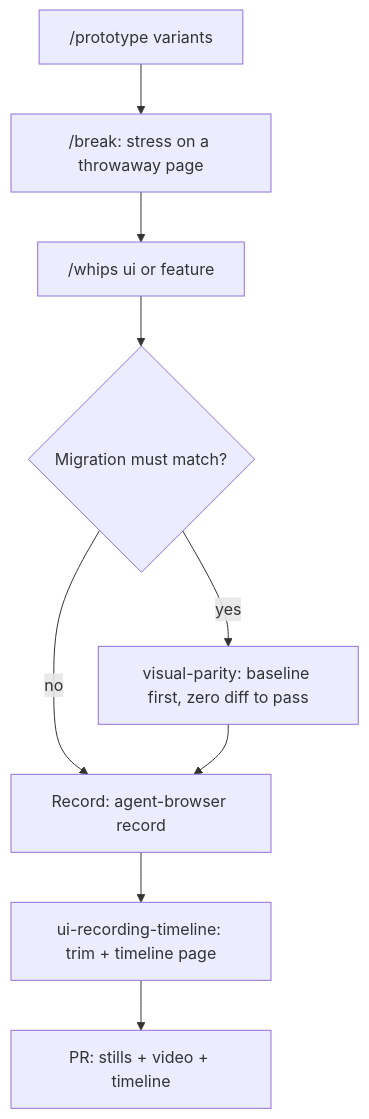
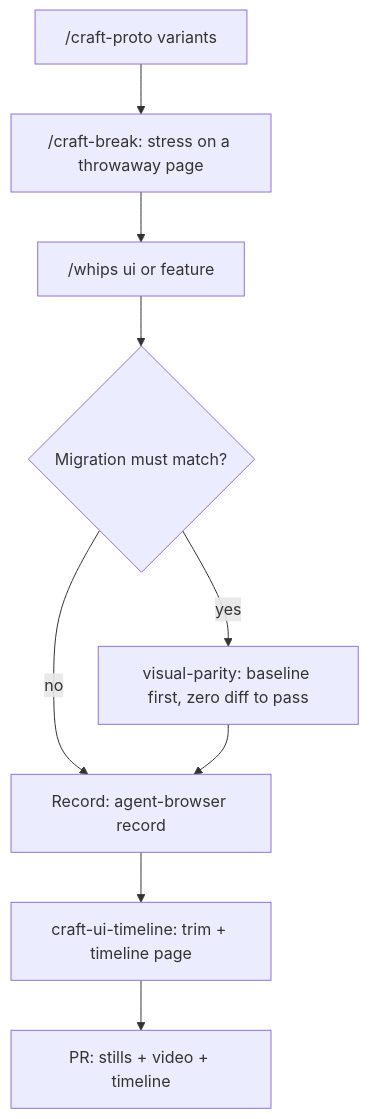
Before and after one commit to TudeOrangBiasa/skills-for-agents: the sixth of 10 diagrams in skills/user-invoked/guide/COOKBOOK.md, drawn with Mermaid. The commit also changed other lines of this file and 441 other files, not shown here.

````diff
--- a/skills/user-invoked/guide/COOKBOOK.md
+++ b/skills/user-invoked/guide/COOKBOOK.md
@@ -97,9 +97,9 @@
 ```mermaid
 flowchart TD
-    P["/prototype variants"] --> B["/break: stress on a throwaway page"] --> W["/whips ui or feature"]
+    P["/craft-proto variants"] --> B["/craft-break: stress on a throwaway page"] --> W["/whips ui or feature"]
     W --> Q{"Migration must match?"}
     Q -->|yes| V["visual-parity: baseline first, zero diff to pass"]
     Q -->|no| R["Record: agent-browser record"]
     V --> R
-    R --> L["ui-recording-timeline: trim + timeline page"] --> PR["PR: stills + video + timeline"]
+    R --> L["craft-ui-timeline: trim + timeline page"] --> PR["PR: stills + video + timeline"]
 ```
````
